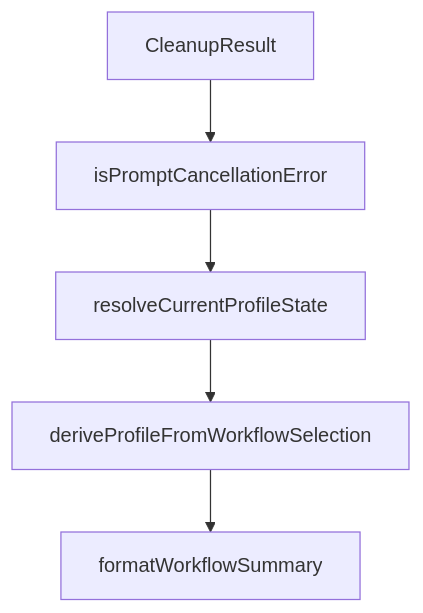
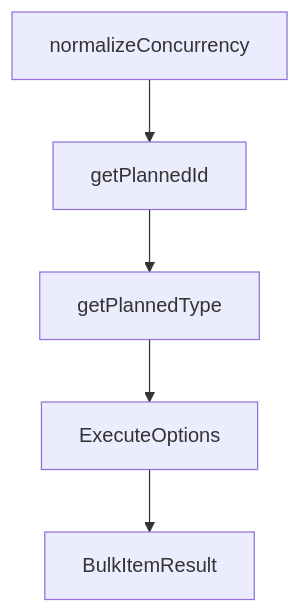
Before and after one commit to johnxie/awesome-code-docs: the diagram in tutorials/openspec-tutorial/05-customization-schemas-and-project-rules.md, drawn with Mermaid. The commit also changed other lines of this file and 1232 other files, not shown here.

````diff
--- a/tutorials/openspec-tutorial/05-customization-schemas-and-project-rules.md
+++ b/tutorials/openspec-tutorial/05-customization-schemas-and-project-rules.md
@@ -236,12 +234,12 @@
 ```mermaid
 flowchart TD
-    A[CleanupResult]
-    B[isPromptCancellationError]
-    C[resolveCurrentProfileState]
-    D[deriveProfileFromWorkflowSelection]
-    E[formatWorkflowSummary]
+    A[normalizeConcurrency]
+    B[getPlannedId]
+    C[getPlannedType]
+    D[ExecuteOptions]
+    E[BulkItemResult]
     A --> B
     B --> C
     C --> D
     D --> E
 ```
````
